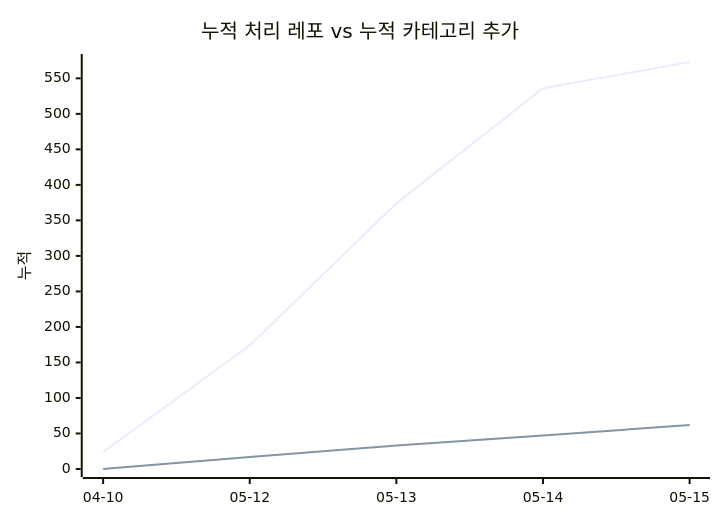
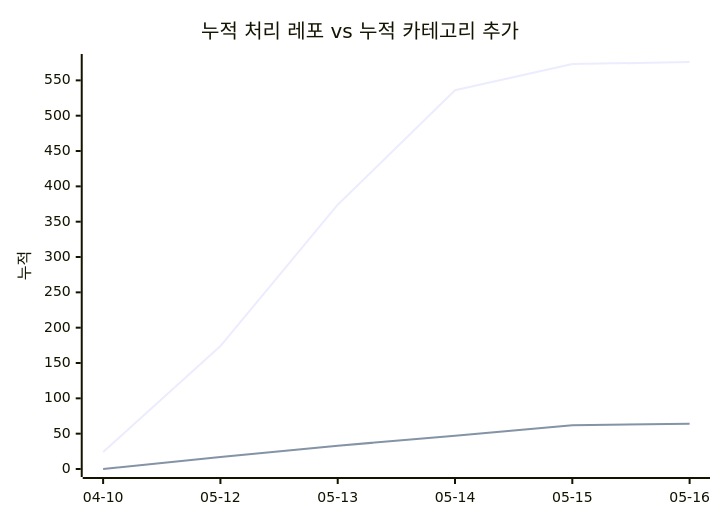
One commit to J-nowcow/awesome-korean-agent-skills changed the second of 2 diagrams in docs/trends.md. Above: the diagram before and after it, drawn with Mermaid. The commit also changed other lines of this file and 5 other files, not shown here.

````diff
--- a/docs/trends.md
+++ b/docs/trends.md
@@ -59,8 +60,8 @@
 ```mermaid
 xychart-beta
     title "누적 처리 레포 vs 누적 카테고리 추가"
-    x-axis ["04-10","05-12","05-13","05-14","05-15"]
+    x-axis ["04-10","05-12","05-13","05-14","05-15","05-16"]
     y-axis "누적"
-    line [24,174,374,536,573]
-    line [0,17,33,47,62]
+    line [24,174,374,536,573,576]
+    line [0,17,33,47,62,64]
 ```
````
